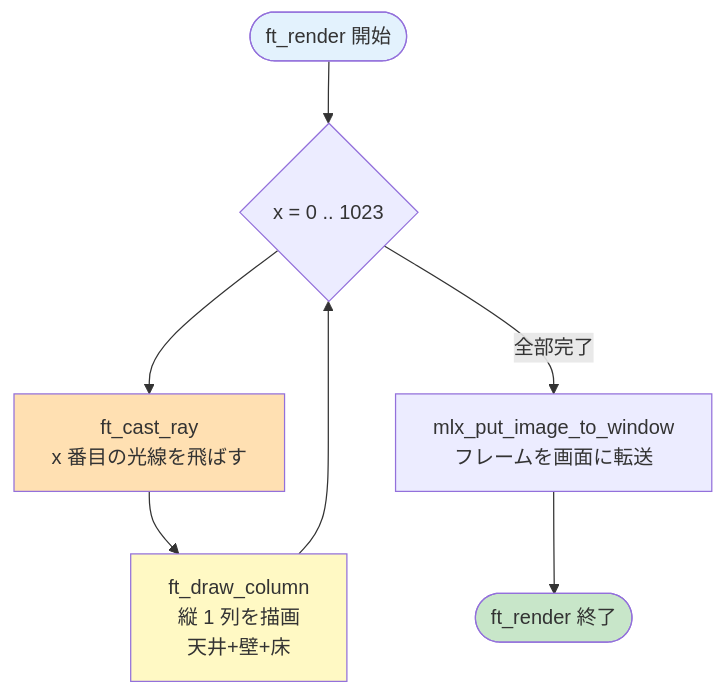
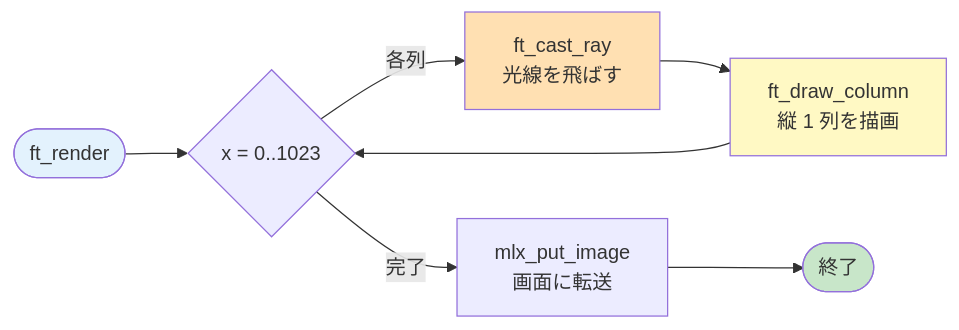
The third of 6 diagrams in docs/00-main-flow.md (Tsunanko/cub3d-guide), drawn with Mermaid before and after one commit. The commit also changed 6 other files, not shown here.

First line of the commit message:
Make Mermaid diagrams fill viewport width and convert vertical flowcharts to horizontal

````diff
--- a/docs/00-main-flow.md
+++ b/docs/00-main-flow.md
@@ -318,14 +318,14 @@
 ```mermaid
-flowchart TD
-    Start([ft_render 開始]) --> Loop{x = 0 .. 1023}
-    Loop --> Cast[ft_cast_ray<br>x 番目の光線を飛ばす]
-    Cast --> Draw[ft_draw_column<br>縦 1 列を描画<br>天井+壁+床]
+flowchart LR
+    Start([ft_render]) --> Loop{x = 0..1023}
+    Loop -->|各列| Cast[ft_cast_ray<br>光線を飛ばす]
+    Cast --> Draw[ft_draw_column<br>縦 1 列を描画]
     Draw --> Loop
-    Loop -- 全部完了 --> Put[mlx_put_image_to_window<br>フレームを画面に転送]
-    Put --> End([ft_render 終了])
+    Loop -->|完了| Put[mlx_put_image<br>画面に転送]
+    Put --> End([終了])
 
     style Start fill:#E3F2FD
     style End fill:#C8E6C9
     style Cast fill:#FFE0B2
     style Draw fill:#FFF9C4
 ```
````
